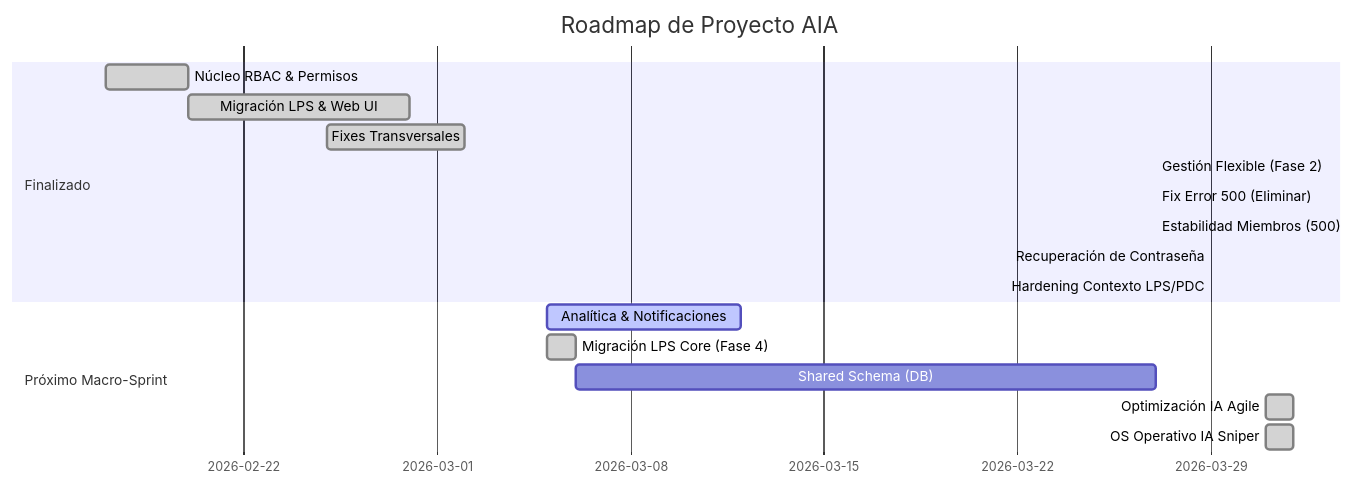
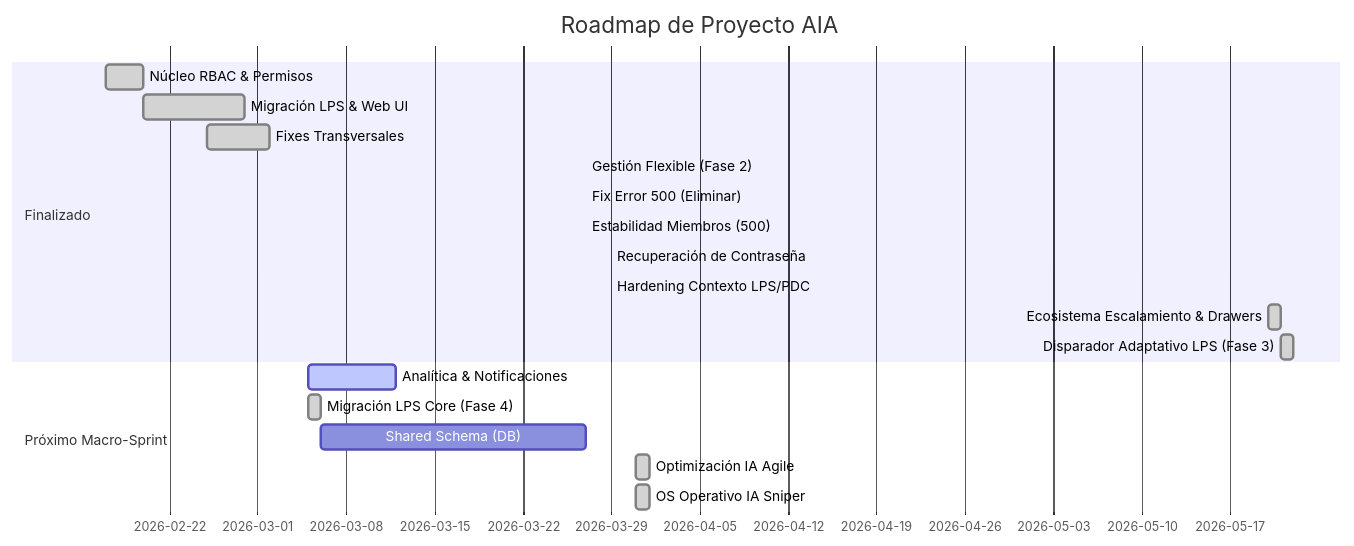
Before and after one commit to jbenite7/lastplanneraia-construccion: the diagram in ROADMAP.md, drawn with Mermaid. The commit also changed other lines of this file and 2 other files, not shown here.

Commit message:
docs: update changelog and roadmap with context drawers and brand styling

````diff
--- a/ROADMAP.md
+++ b/ROADMAP.md
@@ -13,20 +13,22 @@
 ```mermaid
 gantt
     title Roadmap de Proyecto AIA
     dateFormat  YYYY-MM-DD
     section Finalizado
     Núcleo RBAC & Permisos       :done,    des1, 2026-02-17, 2026-02-20
     Migración LPS & Web UI       :done,    des2, 2026-02-20, 2026-02-28
     Fixes Transversales          :done,    des3, 2026-02-25, 2026-03-02
     Gestión Flexible (Fase 2)    :done,    des7, 2026-03-27, 2026-03-27
     Fix Error 500 (Eliminar)    :done,    des8, 2026-03-27, 2026-03-27
     Estabilidad Miembros (500)  :done,    des9, 2026-03-27, 2026-03-27
     Recuperación de Contraseña   :done,    des10, 2026-03-29, 2026-03-29
     Hardening Contexto LPS/PDC   :done,    des11, 2026-03-29, 2026-03-29
+    Ecosistema Escalamiento & Drawers :done, des14, 2026-05-20, 2026-05-21
+    Disparador Adaptativo LPS (Fase 3) :done, des15, 2026-05-21, 2026-05-22
     section Próximo Macro-Sprint
     Analítica & Notificaciones  :active,  des4, 2026-03-05, 7d
     Migración LPS Core (Fase 4) :done,    des6, 2026-03-05, 2026-03-06
     Shared Schema (DB)         :         des5, after des6, 21d
     Optimización IA Agile       :done,    des12, 2026-03-31, 1d
     OS Operativo IA Sniper      :done,    des13, 2026-03-31, 1d
 ```
````
